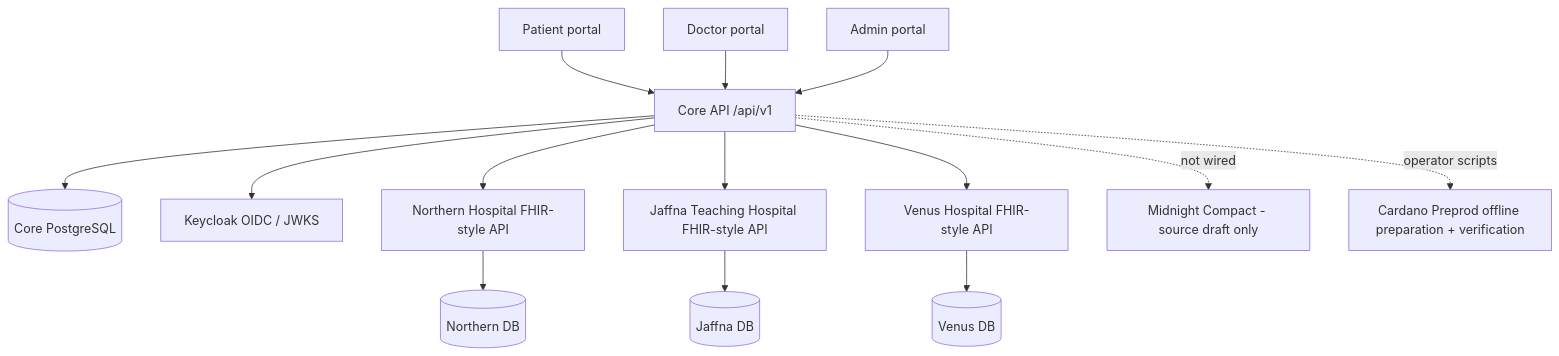
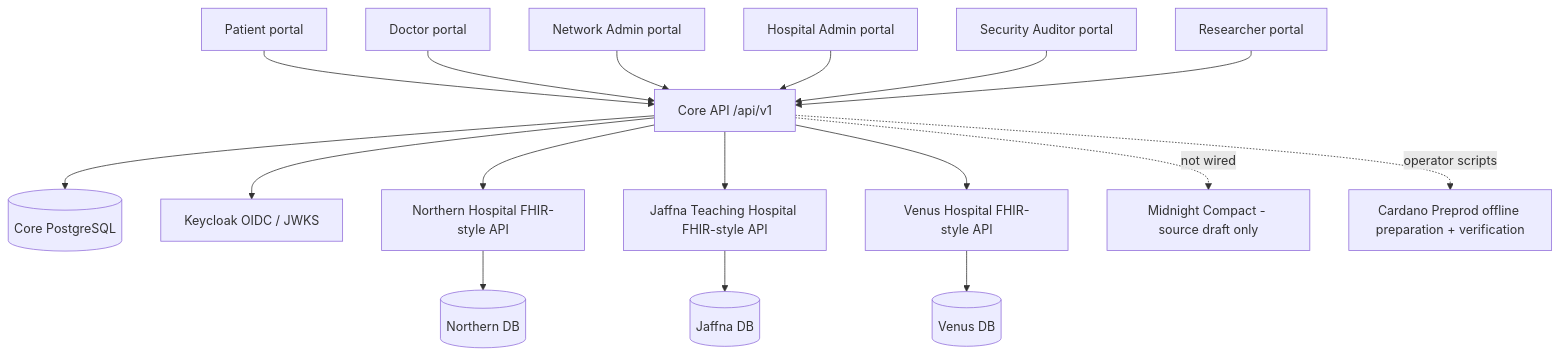
The diagram in README.md (Harishpavan-dev/LankaHealthChain), drawn with Mermaid before and after one commit. The commit also changed other lines of this file and 94 other files, not shown here.

````diff
--- a/README.md
+++ b/README.md
@@ -24,16 +28,19 @@
 ```mermaid
 flowchart TB
   P[Patient portal] --> API[Core API /api/v1]
   D[Doctor portal] --> API
-  A[Admin portal] --> API
+  A[Network Admin portal] --> API
+  HA[Hospital Admin portal] --> API
+  SEC[Security Auditor portal] --> API
+  R[Researcher portal] --> API
   API --> CORE[(Core PostgreSQL)]
   API --> AUTH[Keycloak OIDC / JWKS]
   API --> N[Northern Hospital FHIR-style API]
   API --> J[Jaffna Teaching Hospital FHIR-style API]
   API --> V[Venus Hospital FHIR-style API]
   N --> NDB[(Northern DB)]
   J --> JDB[(Jaffna DB)]
   V --> VDB[(Venus DB)]
   API -.not wired-.-> MID[Midnight Compact - source draft only]
   API -.operator scripts-.-> CAR[Cardano Preprod offline preparation + verification]
 ```
````
